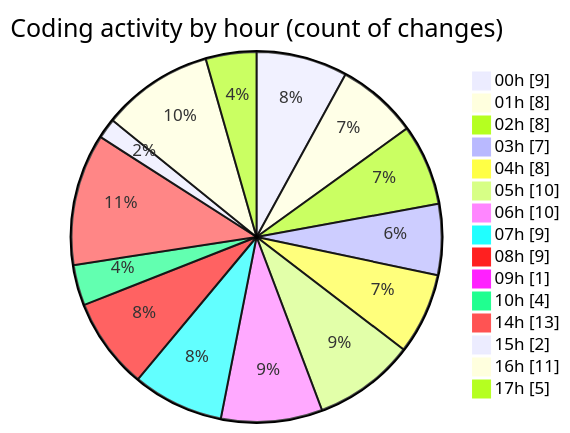
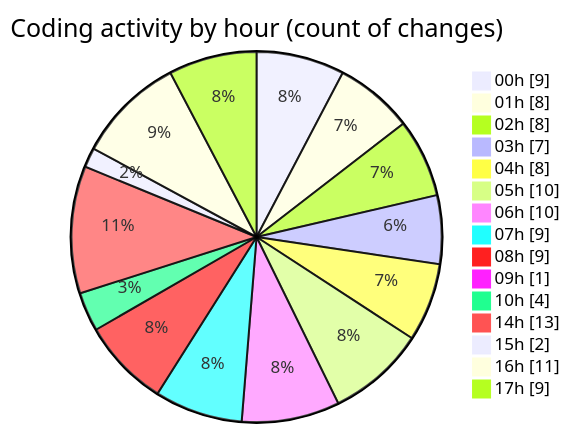
One commit to jrari/code-tracking changed the second of 2 diagrams in 2025-07-14/telebot/README.md. Above: the diagram before and after it, drawn with Mermaid. The commit also changed other lines of this file and 1 other file, not shown here.

````diff
--- a/2025-07-14/telebot/README.md
+++ b/2025-07-14/telebot/README.md
@@ -71,19 +73,19 @@
 ```mermaid
 pie showData
 title Coding activity by hour (count of changes)
 "00h" : 9
 "01h" : 8
 "02h" : 8
 "03h" : 7
 "04h" : 8
 "05h" : 10
 "06h" : 10
 "07h" : 9
 "08h" : 9
 "09h" : 1
 "10h" : 4
 "14h" : 13
 "15h" : 2
 "16h" : 11
-"17h" : 5
+"17h" : 9
 ```
````
